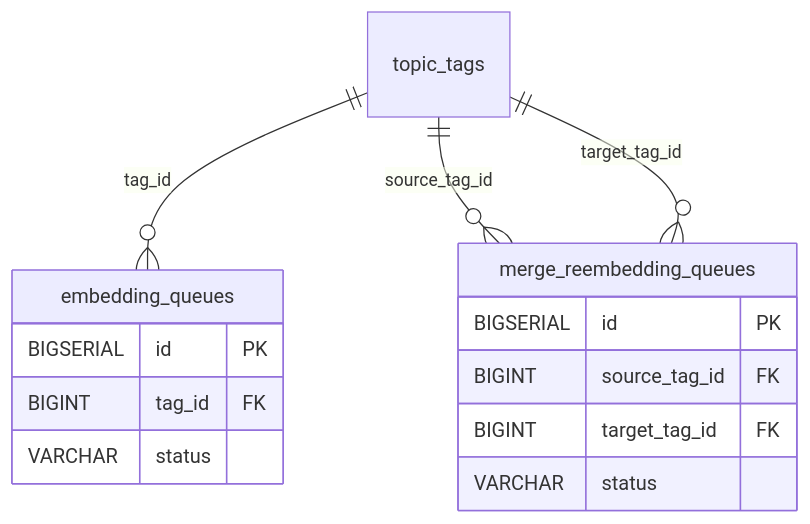
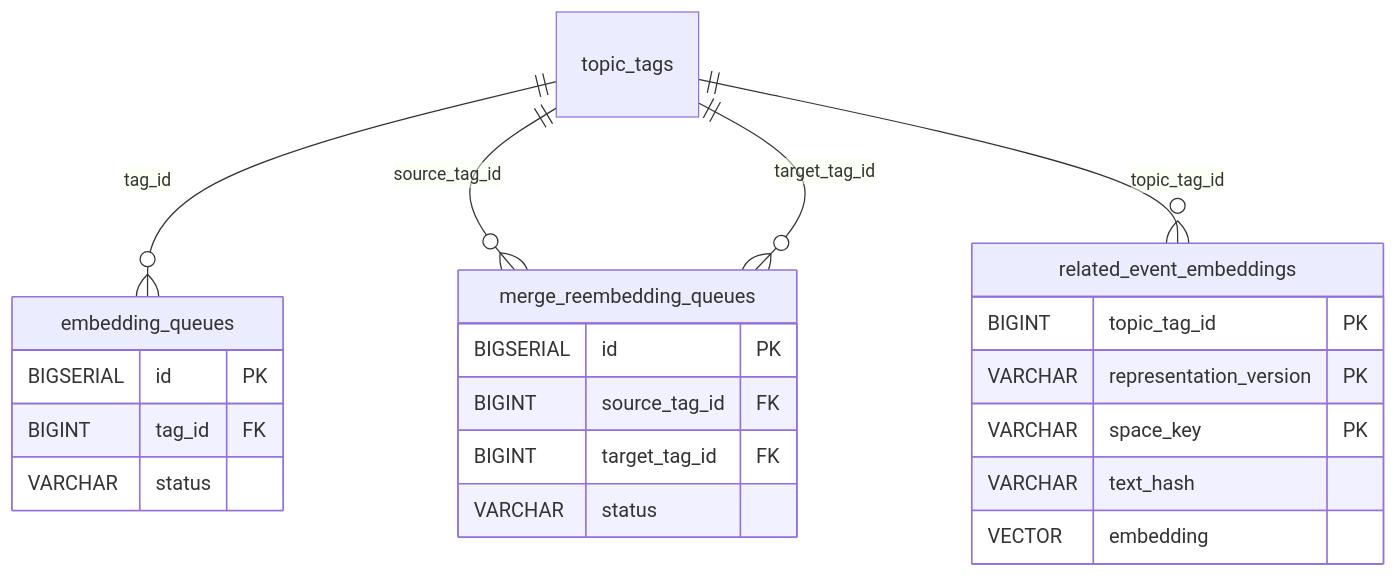
Before and after one commit to ZanebonoAlter/Syntopica: the diagram in docs/reference/database/tables/embeddings.md, drawn with Mermaid. The commit also changed other lines of this file and 423 other files, not shown here.

````diff
--- a/docs/reference/database/tables/embeddings.md
+++ b/docs/reference/database/tables/embeddings.md
@@ -57,20 +76,28 @@
 ```mermaid
 erDiagram
     topic_tags ||--o{ embedding_queues : "tag_id"
     topic_tags ||--o{ merge_reembedding_queues : "source_tag_id"
     topic_tags ||--o{ merge_reembedding_queues : "target_tag_id"
+    topic_tags ||--o{ related_event_embeddings : "topic_tag_id"
 
     embedding_queues {
         BIGSERIAL id PK
         BIGINT tag_id FK
         VARCHAR status
     }
     merge_reembedding_queues {
         BIGSERIAL id PK
         BIGINT source_tag_id FK
         BIGINT target_tag_id FK
         VARCHAR status
     }
+    related_event_embeddings {
+        BIGINT topic_tag_id PK
+        VARCHAR representation_version PK
+        VARCHAR space_key PK
+        VARCHAR text_hash
+        VECTOR embedding
+    }
     topic_tags {
     }
 ```
````
